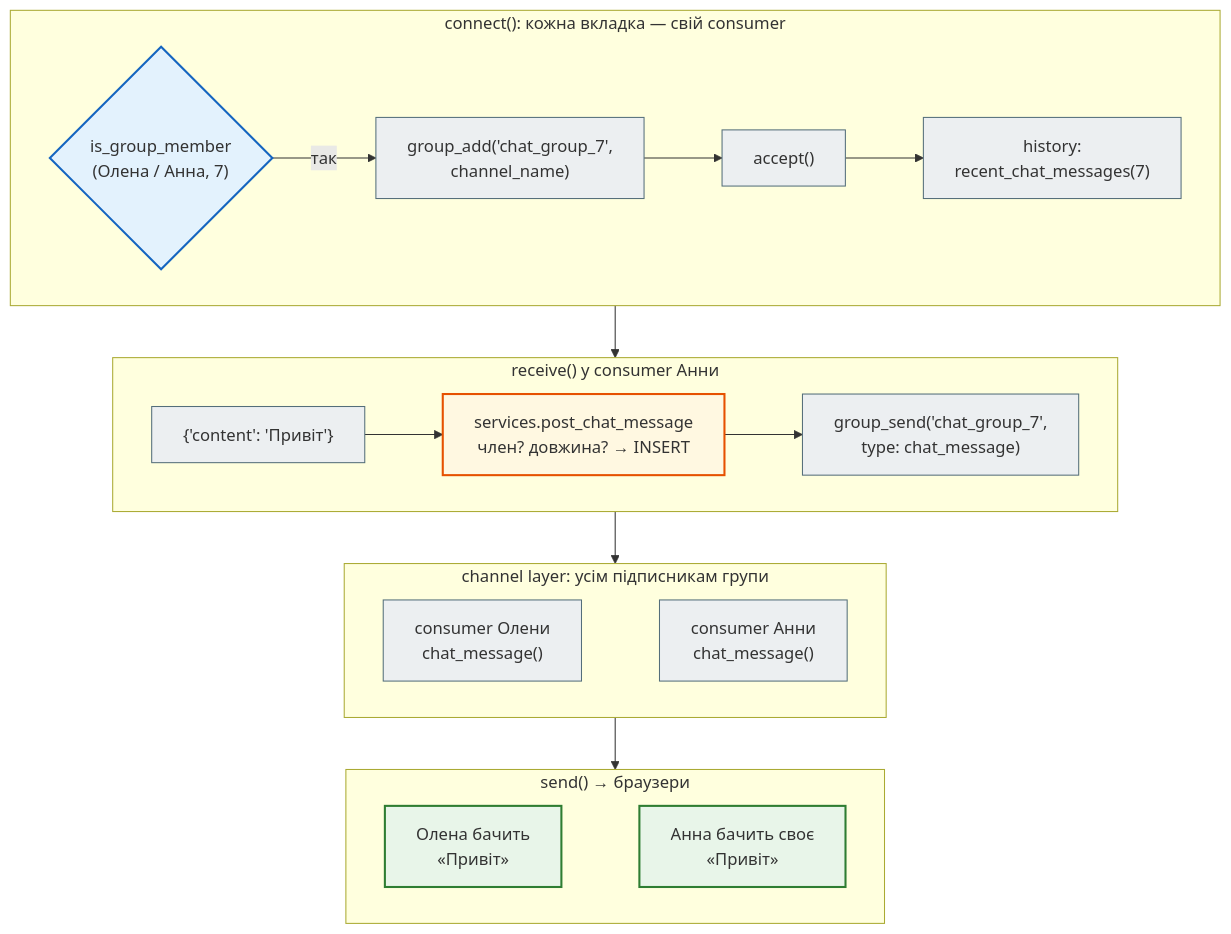
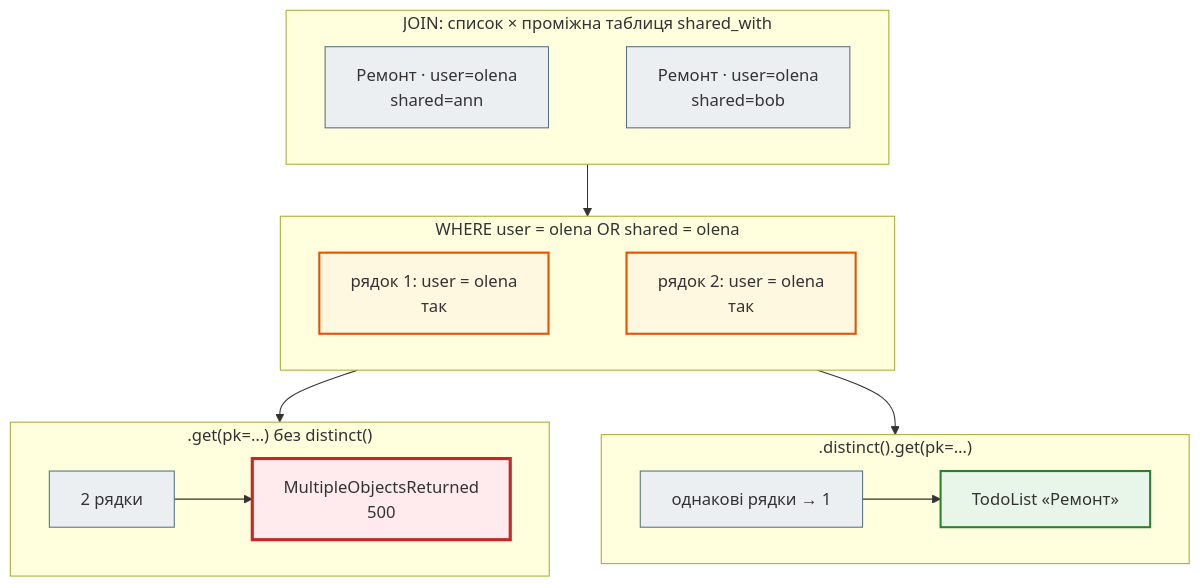
Before and after one commit to AlinaRadchenko/PY-Course-Victor-Nikoriak-22-09-2026: the first of 6 diagrams in docs/modules/m4/lesson_45.md, drawn with Mermaid. The commit also changed other lines of this file and 1846 other files, not shown here.

````diff
--- a/docs/modules/m4/lesson_45.md
+++ b/docs/modules/m4/lesson_45.md
@@ -257,34 +140,35 @@
 ```mermaid
 flowchart TD
     classDef step     fill:#eceff1,stroke:#546e7a,stroke-width:1px;
     classDef decision fill:#e3f2fd,stroke:#1565c0,stroke-width:2px;
     classDef success  fill:#e8f5e9,stroke:#2e7d32,stroke-width:2px;
     classDef error    fill:#ffebee,stroke:#c62828,stroke-width:3px;
     classDef warning  fill:#fff8e1,stroke:#e65100,stroke-width:2px;
 
-    subgraph C1["connect(): кожна вкладка — свій consumer"]
+    subgraph J1["JOIN: список × проміжна таблиця shared_with"]
         direction LR
-        c1{"is_group_member<br>(Олена / Анна, 7)"} -- так --> c2["group_add('chat_group_7',<br>channel_name)"] --> c3["accept()"] --> c4["history:<br>recent_chat_messages(7)"]
+        r1["Ремонт · user=olena<br>shared=ann"] ~~~ r2["Ремонт · user=olena<br>shared=bob"]
     end
-    subgraph C2["receive() у consumer Анни"]
+    subgraph J2["WHERE user = olena OR shared = olena"]
         direction LR
-        r1["{'content': 'Привіт'}"] --> r2["services.post_chat_message<br>член? довжина? → INSERT"] --> r3["group_send('chat_group_7',<br>type: chat_message)"]
+        w1["рядок 1: user = olena<br>так"] ~~~ w2["рядок 2: user = olena<br>так"]
     end
-    subgraph C3["channel layer: усім підписникам групи"]
+    subgraph J3[".get(pk=…) без distinct()"]
         direction LR
-        l1["consumer Олени<br>chat_message()"] ~~~ l2["consumer Анни<br>chat_message()"]
+        g1["2 рядки"] --> g2["MultipleObjectsReturned<br>500"]
     end
-    subgraph C4["send() → браузери"]
+    subgraph J4[".distinct().get(pk=…)"]
         direction LR
-        s1["Олена бачить<br>«Привіт»"] ~~~ s2["Анна бачить своє<br>«Привіт»"]
+        d1["однакові рядки → 1"] --> d2["TodoList «Ремонт»"]
     end
 
-    C1 --> C2 --> C3 --> C4
+    J1 --> J2 --> J3
+    J2 --> J4
 
-    class c1 decision
-    class c2,c3,c4 step
-    class r1 step
-    class r2 warning
-    class r3,l1,l2 step
-    class s1,s2 success
+    class r1,r2 step
+    class w1,w2 warning
+    class g1 step
+    class g2 error
+    class d1 step
+    class d2 success
 ```
````
